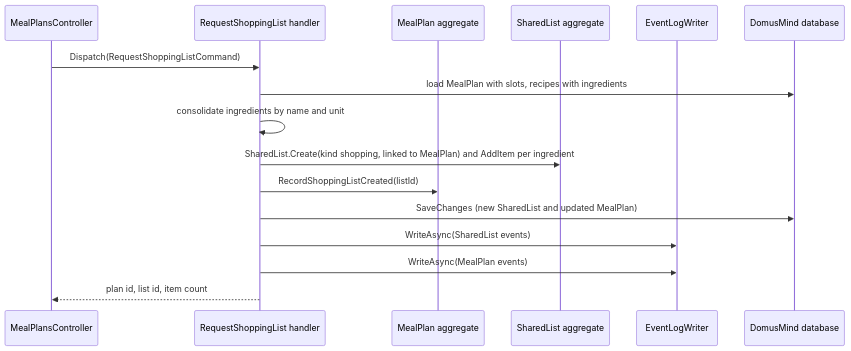
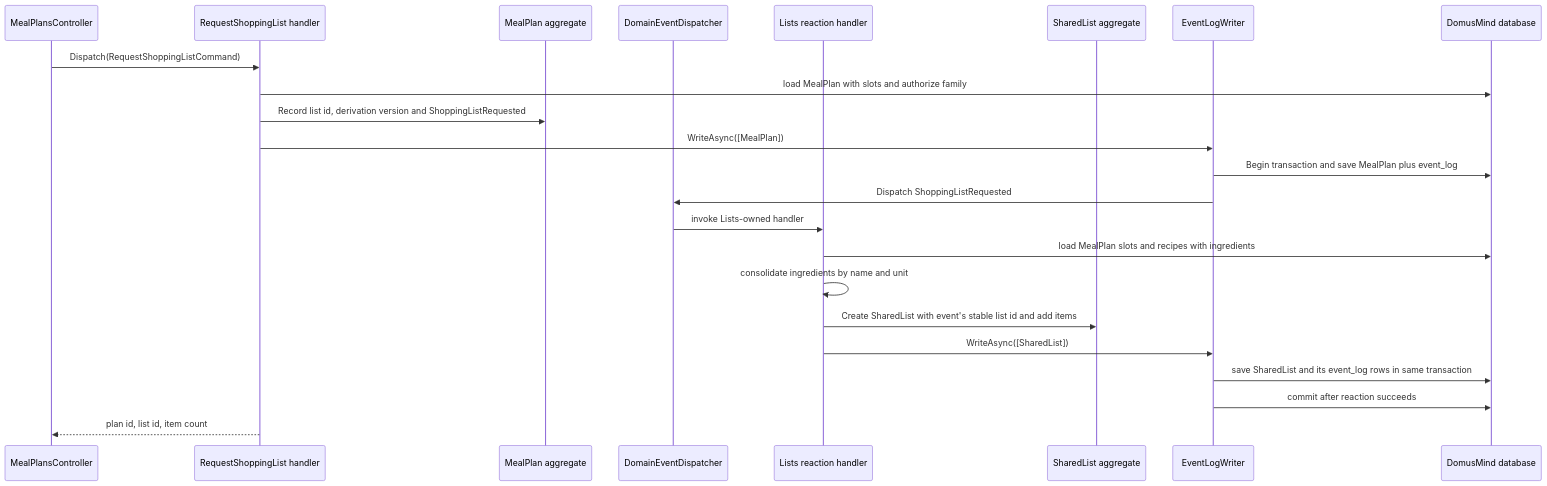
Before and after one commit to juangcarmona/domusmind: the second of 5 diagrams in docs/architecture/06-runtime-view.md, drawn with Mermaid. The commit also changed other lines of this file and 11 other files, not shown here.

First line of the commit message:
feat(lists): create meal-plan shopping lists through events

````diff
--- a/docs/architecture/06-runtime-view.md
+++ b/docs/architecture/06-runtime-view.md
@@ -56,19 +64,26 @@
 ```mermaid
 sequenceDiagram
     participant Ctl as MealPlansController
     participant H as RequestShoppingList handler
     participant MP as MealPlan aggregate
+    participant DD as DomainEventDispatcher
+    participant LH as Lists reaction handler
     participant SL as SharedList aggregate
     participant ELW as EventLogWriter
     participant DB as DomusMind database
 
     Ctl->>H: Dispatch(RequestShoppingListCommand)
-    H->>DB: load MealPlan with slots, recipes with ingredients
-    H->>H: consolidate ingredients by name and unit
-    H->>SL: SharedList.Create(kind shopping, linked to MealPlan) and AddItem per ingredient
-    H->>MP: RecordShoppingListCreated(listId)
-    H->>DB: SaveChanges (new SharedList and updated MealPlan)
-    H->>ELW: WriteAsync(SharedList events)
-    H->>ELW: WriteAsync(MealPlan events)
+    H->>DB: load MealPlan with slots and authorize family
+    H->>MP: Record list id, derivation version and ShoppingListRequested
+    H->>ELW: WriteAsync([MealPlan])
+    ELW->>DB: Begin transaction and save MealPlan plus event_log
+    ELW->>DD: Dispatch ShoppingListRequested
+    DD->>LH: invoke Lists-owned handler
+    LH->>DB: load MealPlan slots and recipes with ingredients
+    LH->>LH: consolidate ingredients by name and unit
+    LH->>SL: Create SharedList with event's stable list id and add items
+    LH->>ELW: WriteAsync([SharedList])
+    ELW->>DB: save SharedList and its event_log rows in same transaction
+    ELW->>DB: commit after reaction succeeds
     H-->>Ctl: plan id, list id, item count
 ```
````
